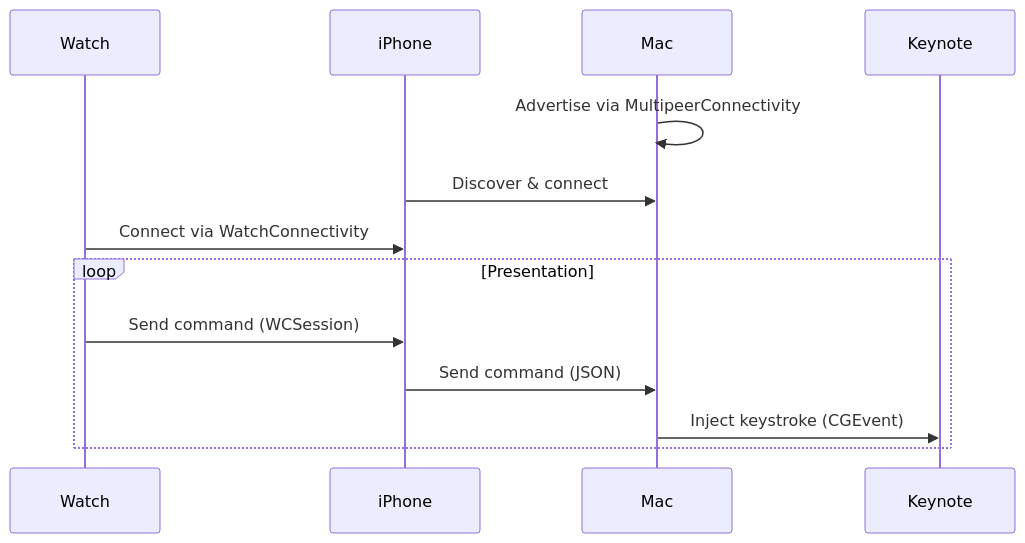
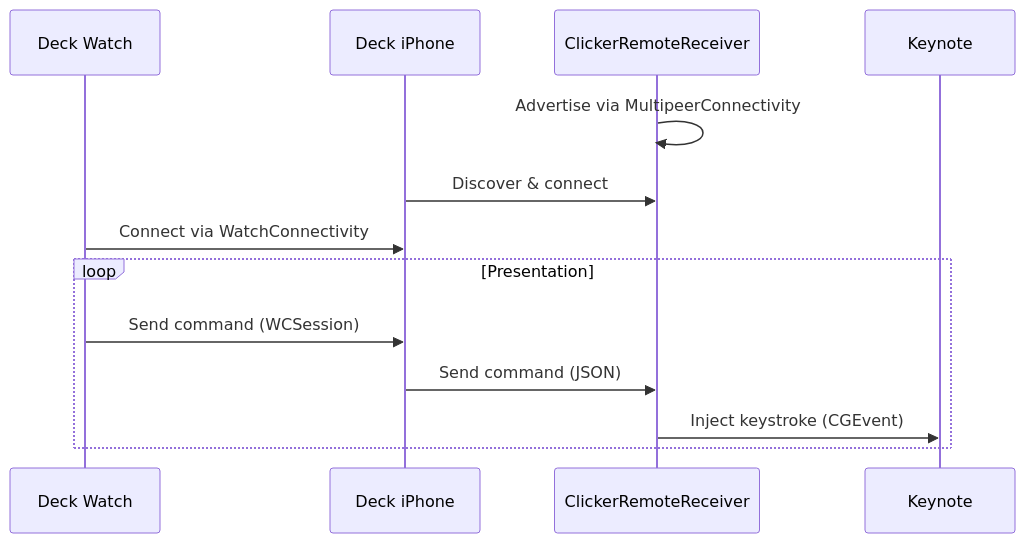
The second of 2 diagrams in README.md (douinc/clicker), drawn with Mermaid before and after one commit. The commit also changed other lines of this file and 1 other file, not shown here.

First line of the commit message:
Update landing page and README to reflect Deck rename

````diff
--- a/README.md
+++ b/README.md
@@ -219,17 +219,17 @@
 ```mermaid
 sequenceDiagram
-    participant Watch
-    participant iPhone
-    participant Mac
+    participant Watch as Deck Watch
+    participant iPhone as Deck iPhone
+    participant Mac as ClickerRemoteReceiver
     participant Keynote
 
     Mac->>Mac: Advertise via MultipeerConnectivity
     iPhone->>Mac: Discover & connect
     Watch->>iPhone: Connect via WatchConnectivity
 
     loop Presentation
         Watch->>iPhone: Send command (WCSession)
         iPhone->>Mac: Send command (JSON)
         Mac->>Keynote: Inject keystroke (CGEvent)
     end
 ```
````
